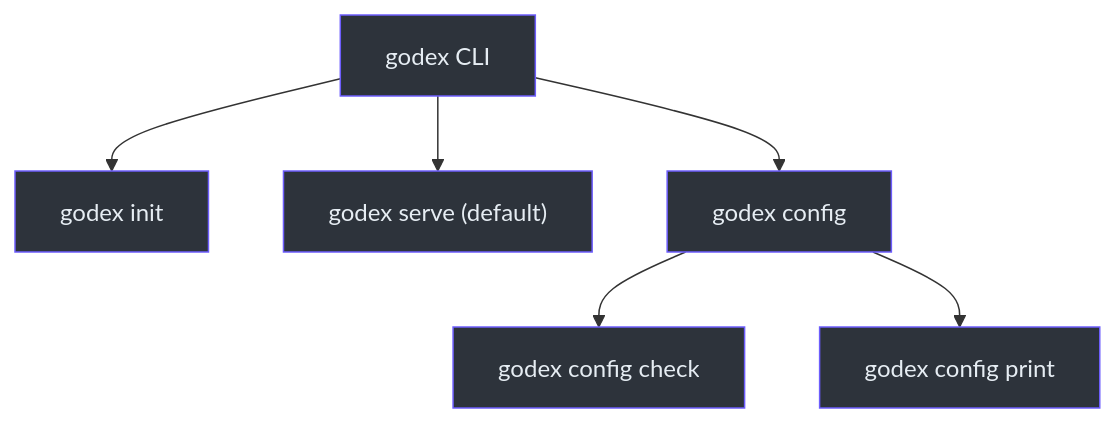
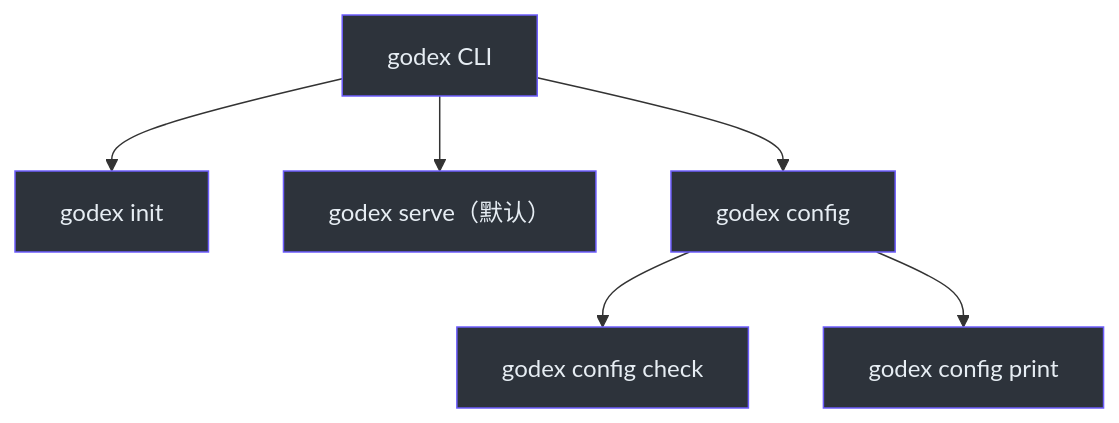
One commit to Ahoo-Wang/GodeX changed the first of 4 diagrams in wiki/zh/01-getting-started/cli.md. Above: the diagram before and after it, drawn with Mermaid. The commit also changed other lines of this file and 36 other files, not shown here.

````diff
--- a/wiki/zh/01-getting-started/cli.md
+++ b/wiki/zh/01-getting-started/cli.md
@@ -22,15 +22,15 @@
 ```mermaid
 graph TD
     CLI["godex CLI"] --> INIT["godex init"]
-    CLI --> SERVE["godex serve (default)"]
+    CLI --> SERVE["godex serve（默认）"]
     CLI --> CONFIG["godex config"]
     CONFIG --> CHECK["godex config check"]
     CONFIG --> PRINT["godex config print"]
 
     style CLI fill:#2d333b,stroke:#6d5dfc,color:#e6edf3
     style INIT fill:#2d333b,stroke:#6d5dfc,color:#e6edf3
     style SERVE fill:#2d333b,stroke:#6d5dfc,color:#e6edf3
     style CONFIG fill:#2d333b,stroke:#6d5dfc,color:#e6edf3
     style CHECK fill:#2d333b,stroke:#6d5dfc,color:#e6edf3
     style PRINT fill:#2d333b,stroke:#6d5dfc,color:#e6edf3
 ```
````
